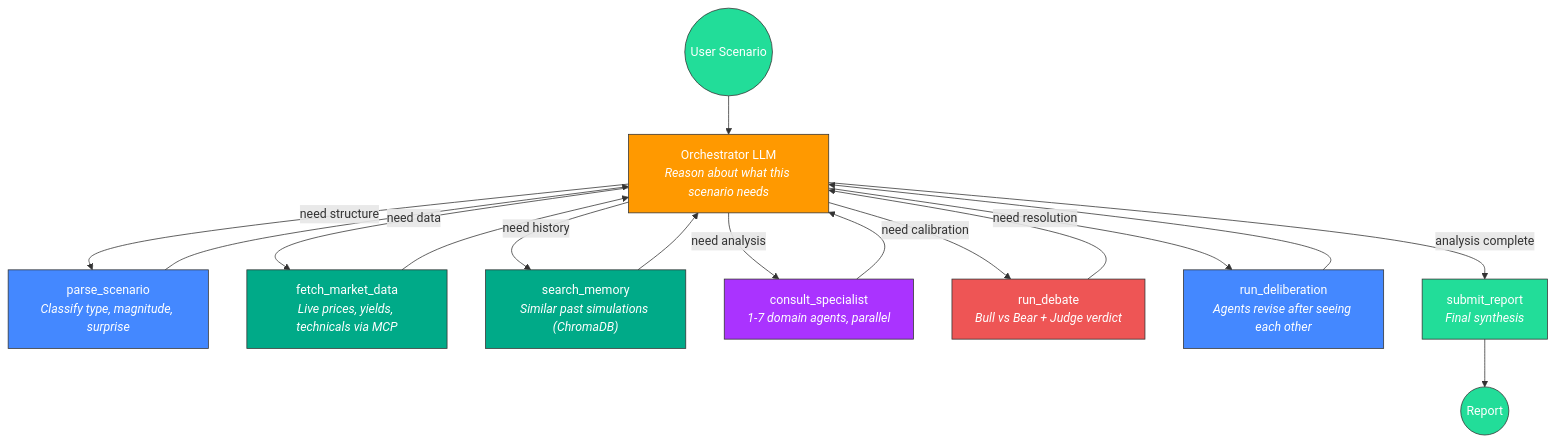
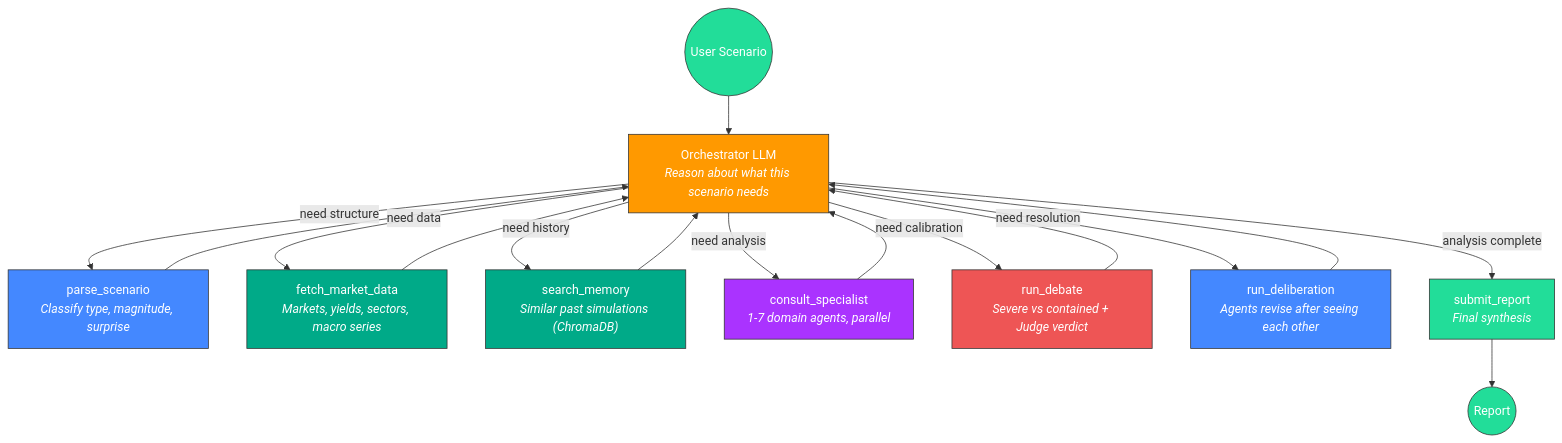
Before and after one commit to User12ss/Financial-market-simlator: the diagram in README.md, drawn with Mermaid. The commit also changed other lines of this file and 53 other files, not shown here.

````diff
--- a/README.md
+++ b/README.md
@@ -9,33 +11,33 @@
 ```mermaid
 graph TD
     START((User Scenario)) --> REASON
 
     REASON["Orchestrator LLM<br/><i>Reason about what this scenario needs</i>"]
 
     REASON -->|"need structure"| PARSE["parse_scenario<br/><i>Classify type, magnitude, surprise</i>"]
-    REASON -->|"need data"| MARKET["fetch_market_data<br/><i>Live prices, yields, technicals via MCP</i>"]
+    REASON -->|"need data"| MARKET["fetch_market_data<br/><i>Markets, yields, sectors, macro series</i>"]
     REASON -->|"need history"| MEMORY["search_memory<br/><i>Similar past simulations (ChromaDB)</i>"]
     REASON -->|"need analysis"| CONSULT["consult_specialist<br/><i>1-7 domain agents, parallel</i>"]
-    REASON -->|"need calibration"| DEBATE["run_debate<br/><i>Bull vs Bear + Judge verdict</i>"]
+    REASON -->|"need calibration"| DEBATE["run_debate<br/><i>Severe vs contained + Judge verdict</i>"]
     REASON -->|"need resolution"| DELIBERATE["run_deliberation<br/><i>Agents revise after seeing each other</i>"]
     REASON -->|"analysis complete"| REPORT["submit_report<br/><i>Final synthesis</i>"]
 
     PARSE --> REASON
     MARKET --> REASON
     MEMORY --> REASON
     CONSULT --> REASON
     DEBATE --> REASON
     DELIBERATE --> REASON
     REPORT --> END((Report))
 
     style START fill:#2d9,stroke:#333,color:#fff
     style END fill:#2d9,stroke:#333,color:#fff
     style REASON fill:#f90,stroke:#333,color:#fff
     style PARSE fill:#48f,stroke:#333,color:#fff
     style MARKET fill:#0a8,stroke:#333,color:#fff
     style MEMORY fill:#0a8,stroke:#333,color:#fff
     style CONSULT fill:#a3f,stroke:#333,color:#fff
     style DEBATE fill:#e55,stroke:#333,color:#fff
     style DELIBERATE fill:#48f,stroke:#333,color:#fff
     style REPORT fill:#2d9,stroke:#333,color:#fff
 ```
````
